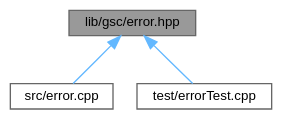
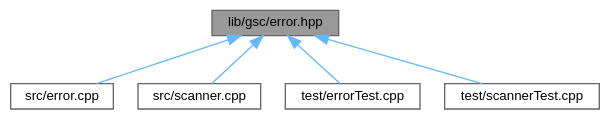
One commit to helcsnewsxd/gsc-interpreter changed the diagram in error_8hpp__dep__incl.dot. Above: the diagram before and after it, drawn with Graphviz. The commit also changed 122 other files, not shown here.

```diff
--- a/error_8hpp__dep__incl.dot
+++ b/error_8hpp__dep__incl.dot
@@ -1,12 +1,16 @@
 digraph "lib/gsc/error.hpp"
 {
  // LATEX_PDF_SIZE
   bgcolor="transparent";
   edge [fontname=Helvetica,fontsize=10,labelfontname=Helvetica,labelfontsize=10];
   node [fontname=Helvetica,fontsize=10,shape=box,height=0.2,width=0.4];
   Node1 [id="Node000001",label="lib/gsc/error.hpp",height=0.2,width=0.4,color="gray40", fillcolor="grey60", style="filled", fontcolor="black",tooltip=" "];
   Node1 -> Node2 [id="edge1_Node000001_Node000002",dir="back",color="steelblue1",style="solid",tooltip=" "];
   Node2 [id="Node000002",label="src/error.cpp",height=0.2,width=0.4,color="grey40", fillcolor="white", style="filled",URL="$error_8cpp.html",tooltip=" "];
   Node1 -> Node3 [id="edge2_Node000001_Node000003",dir="back",color="steelblue1",style="solid",tooltip=" "];
-  Node3 [id="Node000003",label="test/errorTest.cpp",height=0.2,width=0.4,color="grey40", fillcolor="white", style="filled",URL="$errorTest_8cpp.html",tooltip=" "];
+  Node3 [id="Node000003",label="src/scanner.cpp",height=0.2,width=0.4,color="grey40", fillcolor="white", style="filled",URL="$scanner_8cpp.html",tooltip=" "];
+  Node1 -> Node4 [id="edge3_Node000001_Node000004",dir="back",color="steelblue1",style="solid",tooltip=" "];
+  Node4 [id="Node000004",label="test/errorTest.cpp",height=0.2,width=0.4,color="grey40", fillcolor="white", style="filled",URL="$errorTest_8cpp.html",tooltip=" "];
+  Node1 -> Node5 [id="edge4_Node000001_Node000005",dir="back",color="steelblue1",style="solid",tooltip=" "];
+  Node5 [id="Node000005",label="test/scannerTest.cpp",height=0.2,width=0.4,color="grey40", fillcolor="white", style="filled",URL="$scannerTest_8cpp.html",tooltip=" "];
 }
```
